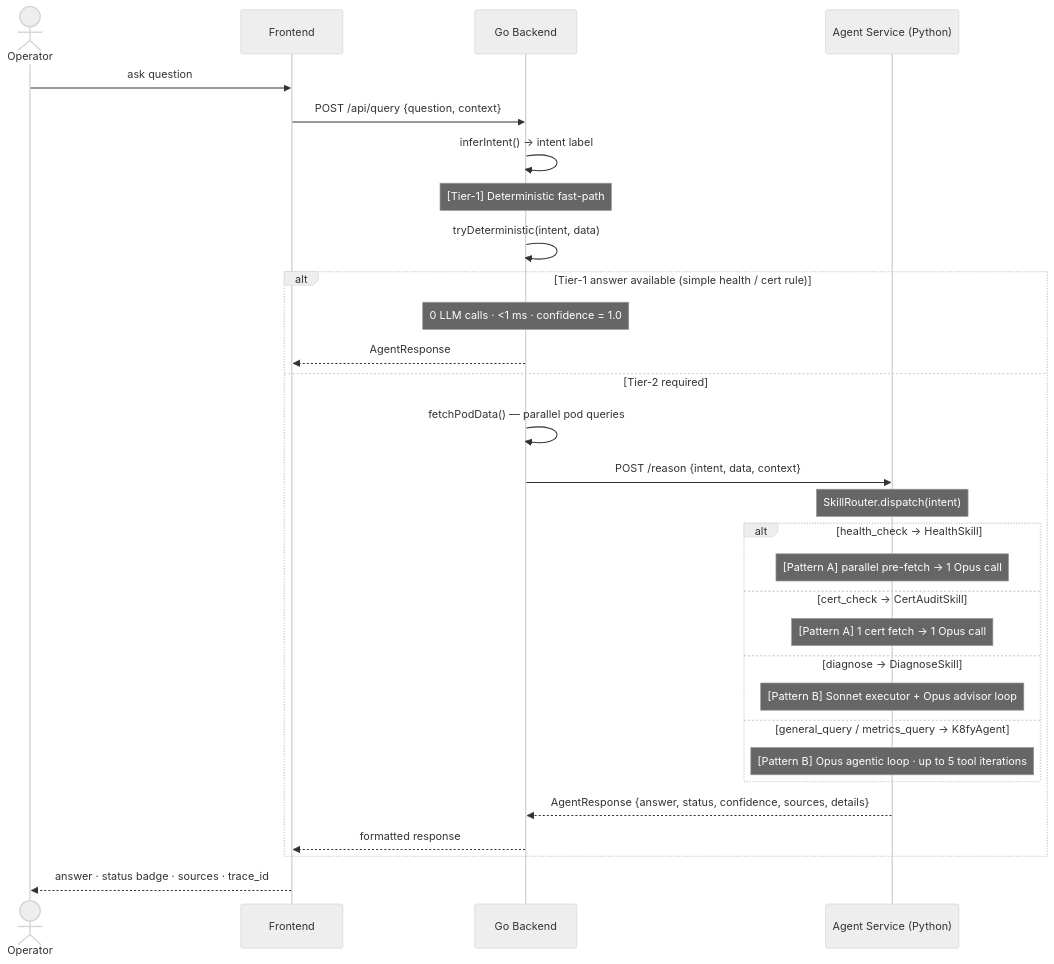
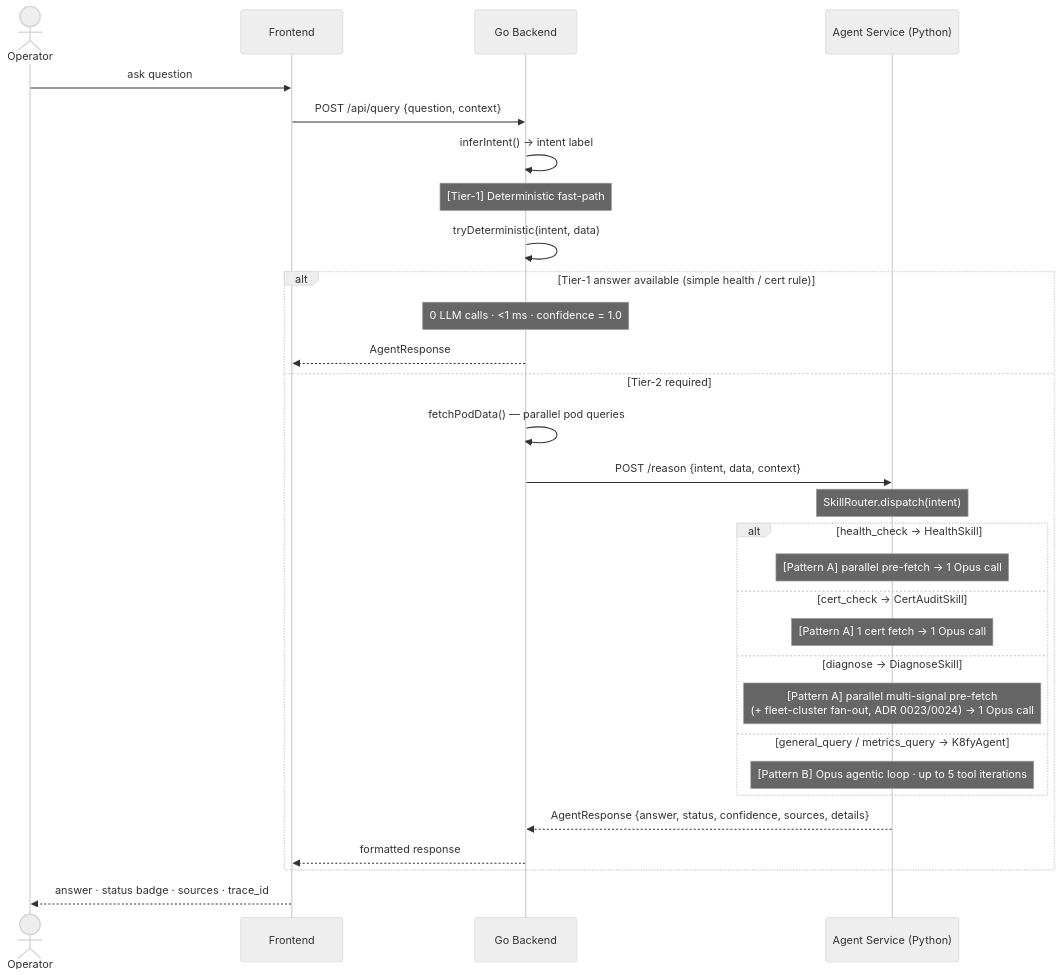
The first of 6 diagrams in docs/SEQUENCE_FLOWS.md (kschandramouli/agentify2), drawn with Mermaid (neutral theme) before and after one commit. The commit also changed other lines of this file and 4 other files, not shown here.

First line of the commit message:
docs: update integration guide, sequence flows, deployment for fleet-collector work

````diff
--- a/docs/SEQUENCE_FLOWS.md
+++ b/docs/SEQUENCE_FLOWS.md
@@ -23,40 +23,40 @@
 ```mermaid
 sequenceDiagram
     actor Operator
     participant FE   as Frontend
     participant Go   as Go Backend
     participant Py   as Agent Service (Python)
 
     Operator->>FE: ask question
     FE->>Go: POST /api/query {question, context}
 
     Go->>Go: inferIntent() → intent label
 
     Note over Go: [Tier-1] Deterministic fast-path
     Go->>Go: tryDeterministic(intent, data)
 
     alt Tier-1 answer available (simple health / cert rule)
         Note over Go: 0 LLM calls · <1 ms · confidence = 1.0
         Go-->>FE: AgentResponse
     else Tier-2 required
         Go->>Go: fetchPodData() — parallel pod queries
         Go->>Py: POST /reason {intent, data, context}
 
         Note over Py: SkillRouter.dispatch(intent)
 
         alt health_check → HealthSkill
             Note over Py: [Pattern A] parallel pre-fetch → 1 Opus call
         else cert_check → CertAuditSkill
             Note over Py: [Pattern A] 1 cert fetch → 1 Opus call
         else diagnose → DiagnoseSkill
-            Note over Py: [Pattern B] Sonnet executor + Opus advisor loop
+            Note over Py: [Pattern A] parallel multi-signal pre-fetch<br/>(+ fleet-cluster fan-out, ADR 0023/0024) → 1 Opus call
         else general_query / metrics_query → K8fyAgent
             Note over Py: [Pattern B] Opus agentic loop · up to 5 tool iterations
         end
 
         Py-->>Go: AgentResponse {answer, status, confidence, sources, details}
         Go-->>FE: formatted response
     end
 
     FE-->>Operator: answer · status badge · sources · trace_id
 ```
````
